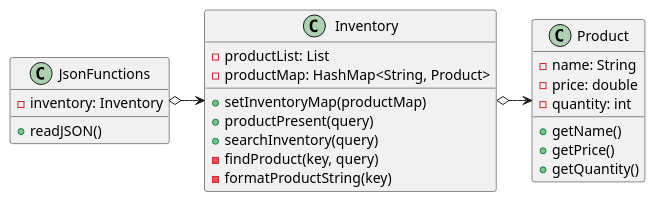
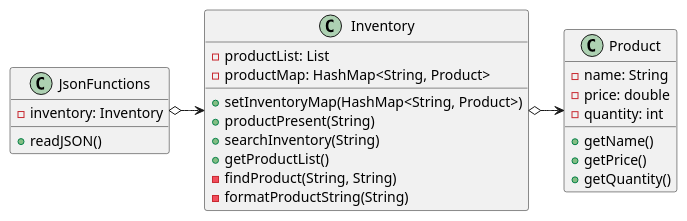
The diagram in src/main/java/oop/assignment3/ex44/base/ProductSearch.puml (ivy-nguyen18/nguyen-cop3330-assignment3), drawn with PlantUML before and after one commit. The commit also changed 8 other files, not shown here.

```diff
--- a/src/main/java/oop/assignment3/ex44/base/ProductSearch.puml
+++ b/src/main/java/oop/assignment3/ex44/base/ProductSearch.puml
@@ -1,35 +1,36 @@
 @startuml
 'https://plantuml.com/class-diagram
 
 Inventory o-> Product
 JsonFunctions o-> Inventory
 
 class JsonFunctions{
     - inventory: Inventory
 
     + readJSON()
 }
 
 class Inventory{
     - productList: List
     - productMap: HashMap<String, Product>
 
-    + setInventoryMap(productMap)
-    + productPresent(query)
-    + searchInventory(query)
-    - findProduct(key, query)
-    - formatProductString(key)
+    + setInventoryMap(HashMap<String, Product>)
+    + productPresent(String)
+    + searchInventory(String)
+    + getProductList()
+    - findProduct(String, String)
+    - formatProductString(String)
 }
 
 class Product{
     - name: String
     - price: double
     - quantity: int
 
     + getName()
     + getPrice()
     + getQuantity()
 }
 
 
 @enduml
```
